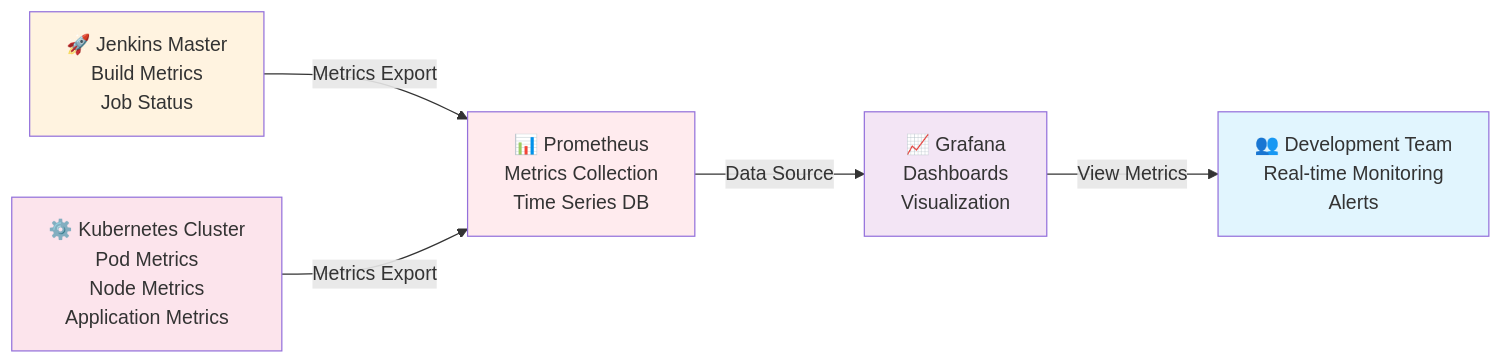
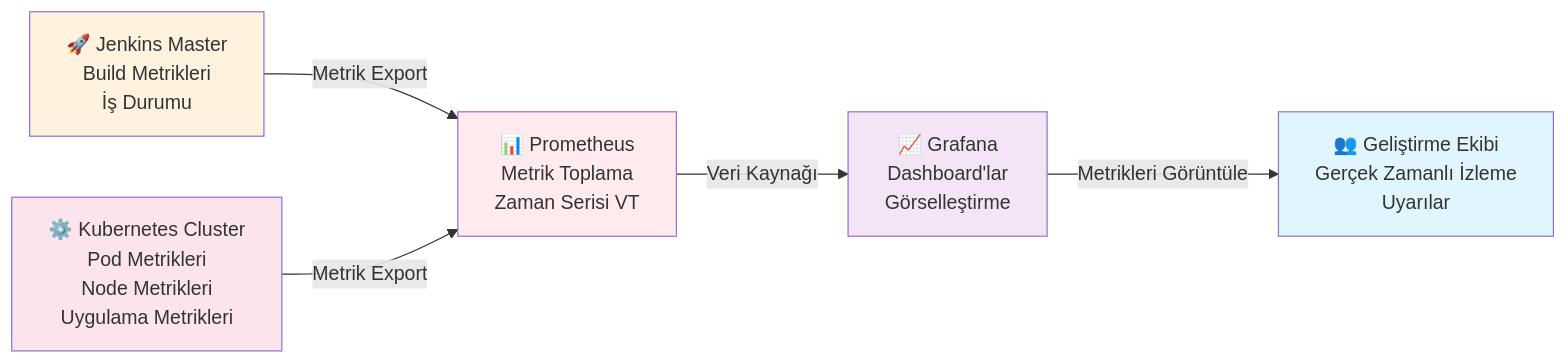
One commit to onurglr/aws-pipeline changed the seventh of 8 diagrams in README.md. Above: the diagram before and after it, drawn with Mermaid. The commit also changed other lines of this file and 1 other file, not shown here.

````diff
--- a/README.md
+++ b/README.md
@@ -276,13 +276,13 @@
 ```mermaid
 graph LR
-    JM[🚀 Jenkins Master<br/>Build Metrics<br/>Job Status] -->|Metrics Export| P[📊 Prometheus<br/>Metrics Collection<br/>Time Series DB]
-    K8S[⚙️ Kubernetes Cluster<br/>Pod Metrics<br/>Node Metrics<br/>Application Metrics] -->|Metrics Export| P
-    P -->|Data Source| G[📈 Grafana<br/>Dashboards<br/>Visualization]
-    G -->|View Metrics| Team[👥 Development Team<br/>Real-time Monitoring<br/>Alerts]
+    JM[🚀 Jenkins Master<br/>Build Metrikleri<br/>İş Durumu] -->|Metrik Export| P[📊 Prometheus<br/>Metrik Toplama<br/>Zaman Serisi VT]
+    K8S[⚙️ Kubernetes Cluster<br/>Pod Metrikleri<br/>Node Metrikleri<br/>Uygulama Metrikleri] -->|Metrik Export| P
+    P -->|Veri Kaynağı| G[📈 Grafana<br/>Dashboard'lar<br/>Görselleştirme]
+    G -->|Metrikleri Görüntüle| Team[👥 Geliştirme Ekibi<br/>Gerçek Zamanlı İzleme<br/>Uyarılar]
 
     style JM fill:#fff3e0
     style K8S fill:#fce4ec
     style P fill:#ffebee
     style G fill:#f3e5f5
     style Team fill:#e1f5fe
 ```
````
